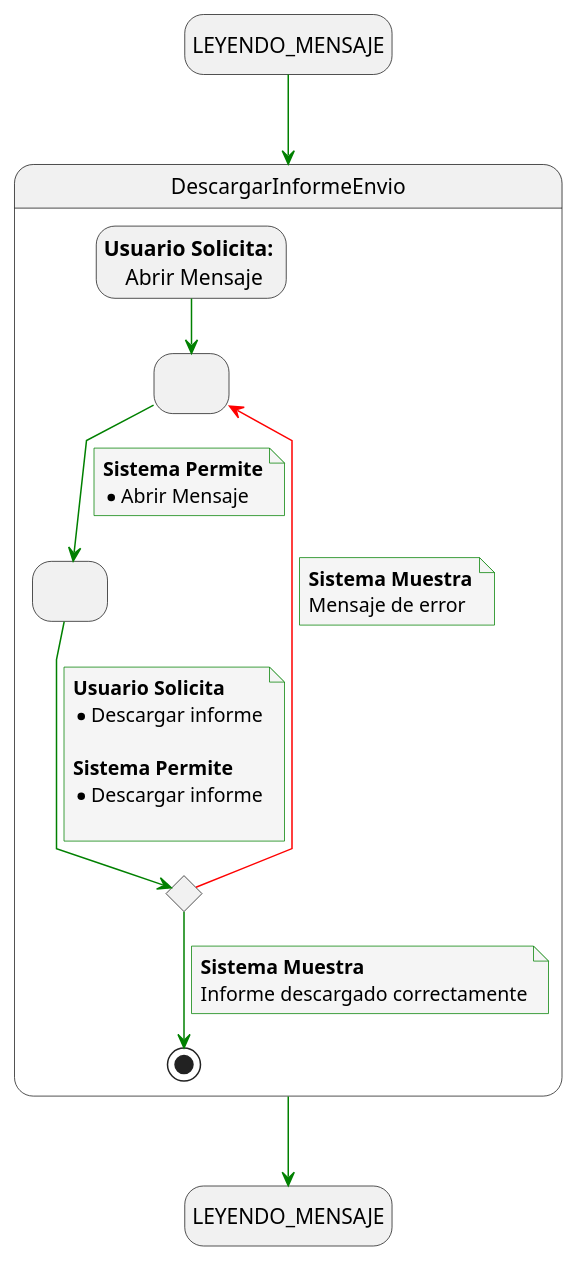
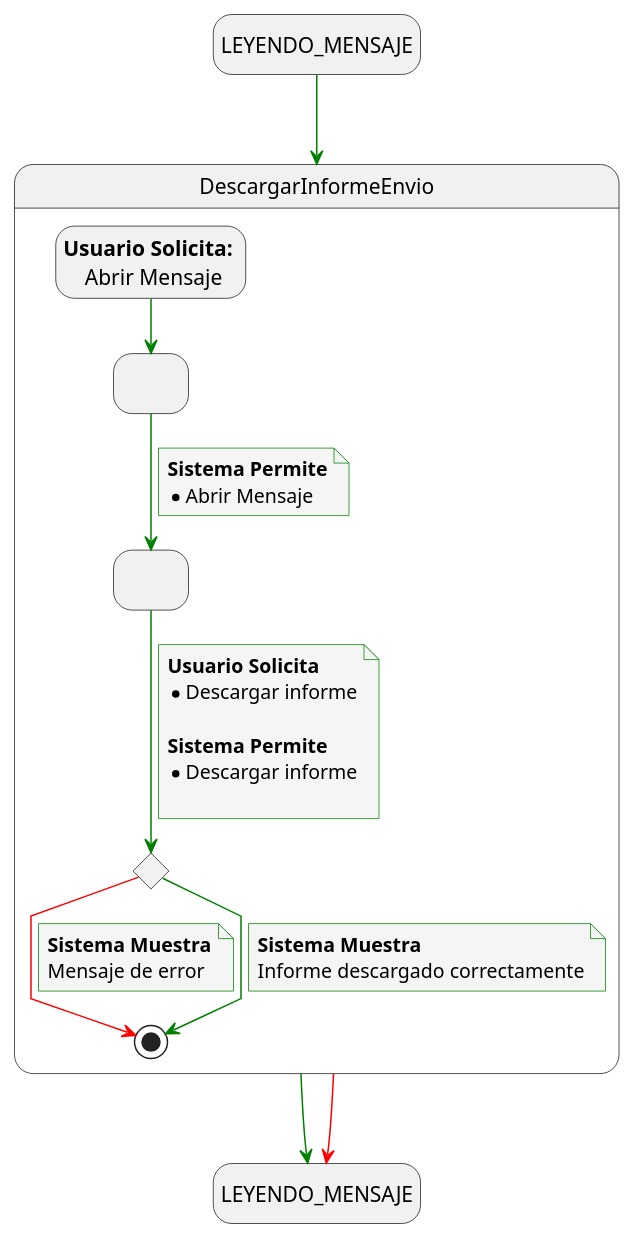
The diagram in docs/casosDeUso/detalladoCasosDeUso/detalladoDescargarInformeEnvio/detalladoDescargarInforme.puml (mmasias/24-25-IdSw1-SDR), drawn with PlantUML before and after one commit. The commit also changed 17 other files, not shown here.

Commit message:
Actualizar diagramas de casos de uso para redirigir a abrirDashboard y corregir transiciones de estado

```diff
--- a/docs/casosDeUso/detalladoCasosDeUso/detalladoDescargarInformeEnvio/detalladoDescargarInforme.puml
+++ b/docs/casosDeUso/detalladoCasosDeUso/detalladoDescargarInformeEnvio/detalladoDescargarInforme.puml
@@ -1,57 +1,58 @@
 @startuml leer_confirmar_documento
 
 skinparam {
   NoteBackgroundColor #whiteSmoke
   ArrowColor #green
   NoteBorderColor #green
   linetype polyline
 }
 
 hide empty description
 
 state startState as "LEYENDO_MENSAJE"
 state endState as "LEYENDO_MENSAJE"
 
 
 startState --> DescargarInformeEnvio
 DescargarInformeEnvio --> endState
+DescargarInformeEnvio -[#red]-> endState
 
 state DescargarInformeEnvio {
     state solicitudAbrirMensaje as " "
     state solicitudDescargarInforme as " "
     state descargarInforme <<choice>>
     state usuarioSolicita as "<b>Usuario Solicita:</b> \n Abrir Mensaje"
     
     usuarioSolicita --> solicitudAbrirMensaje
     solicitudAbrirMensaje --> solicitudDescargarInforme
     note on link
         <b>Sistema Permite</b>
         * Abrir Mensaje
     end note
 
     solicitudDescargarInforme --> descargarInforme
     note on link
         <b>Usuario Solicita</b>
         * Descargar informe 
         
         <b>Sistema Permite</b>
         * Descargar informe
   
     end note
     
     
-    descargarInforme -[#red]-> solicitudAbrirMensaje
+    descargarInforme -[#red]-> [*]
     note on link
         <b>Sistema Muestra</b>
         Mensaje de error
     end note
     
    descargarInforme --> [*]
     note on link
         <b>Sistema Muestra</b>
         Informe descargado correctamente
     end note
 
 }
 
 @enduml
```
